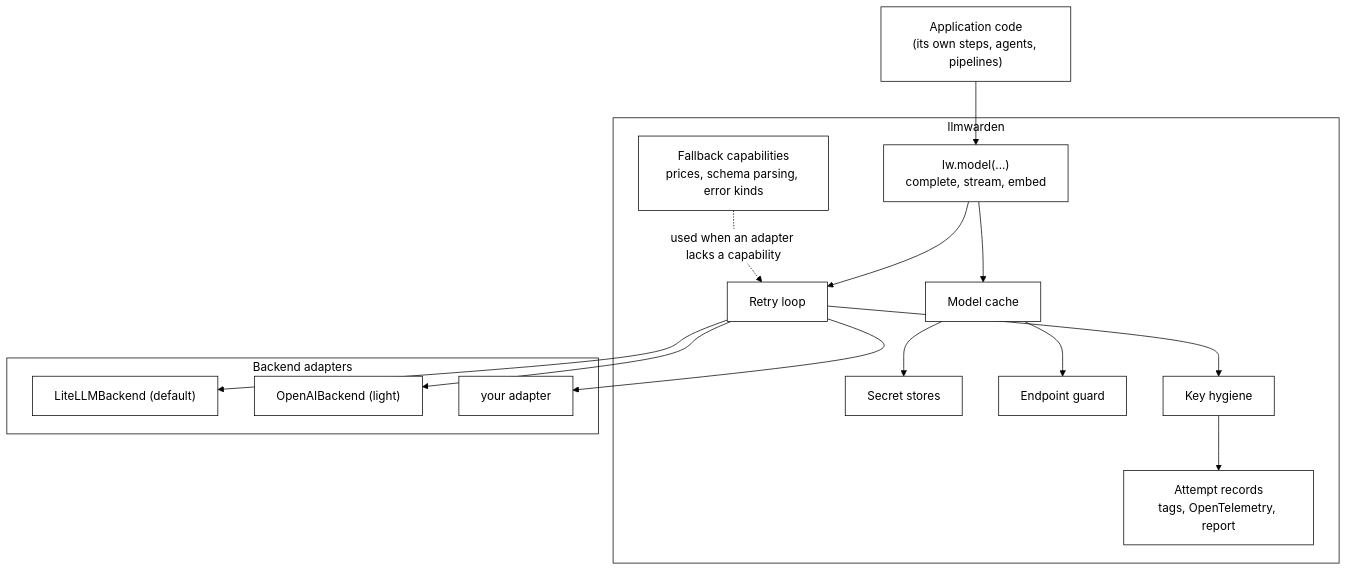
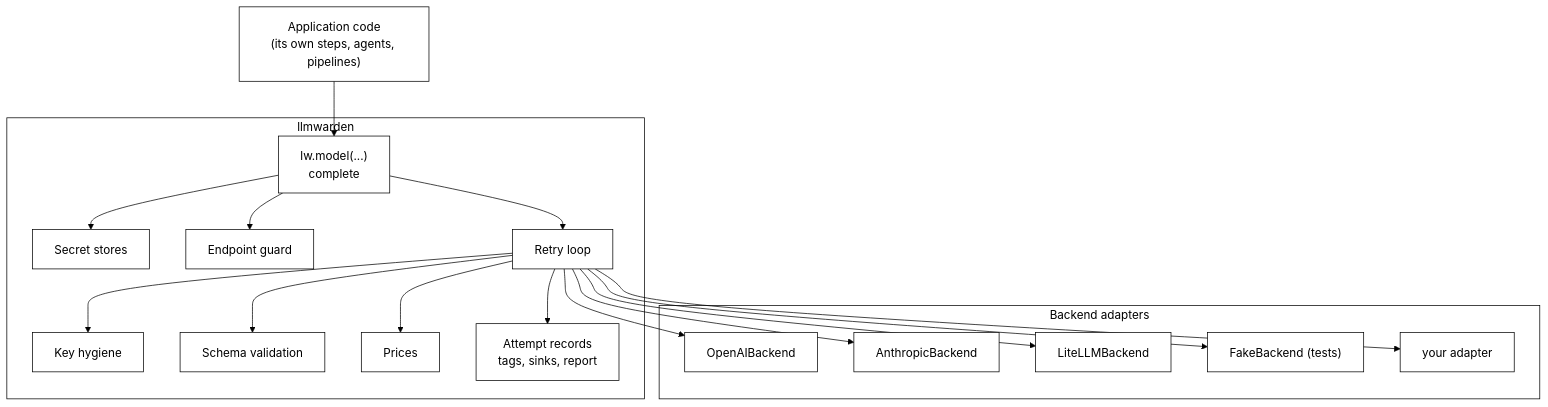
Before and after one commit to nadeem4/llmwarden: the first of 2 diagrams in docs/architecture.md, drawn with Mermaid. The commit also changed other lines of this file and 36 other files, not shown here.

````diff
--- a/docs/architecture.md
+++ b/docs/architecture.md
@@ -113,31 +116,35 @@
 ```mermaid
 %%{init: {'theme':'base','themeVariables':{'primaryColor':'#ffffff','primaryTextColor':'#000000','primaryBorderColor':'#000000','lineColor':'#000000','secondaryColor':'#ffffff','tertiaryColor':'#ffffff','clusterBkg':'#ffffff','clusterBorder':'#000000'}}}%%
 flowchart TB
     App["Application code<br/>(its own steps, agents, pipelines)"]
     subgraph Warden["llmwarden"]
-        Model["lw.model(...)<br/>complete, stream, embed"]
-        Cache["Model cache"]
+        Model["lw.model(...)<br/>complete"]
         Secrets["Secret stores"]
         Guard["Endpoint guard"]
         Retry["Retry loop"]
         Hygiene["Key hygiene"]
-        Obs["Attempt records<br/>tags, OpenTelemetry, report"]
-        Own["Fallback capabilities<br/>prices, schema parsing, error kinds"]
+        Schema["Schema validation"]
+        Prices["Prices"]
+        Obs["Attempt records<br/>tags, sinks, report"]
     end
     subgraph Adapters["Backend adapters"]
-        Lite["LiteLLMBackend (default)"]
-        OAI["OpenAIBackend (light)"]
+        OAI["OpenAIBackend"]
+        ANT["AnthropicBackend"]
+        Lite["LiteLLMBackend"]
+        Fake["FakeBackend (tests)"]
         Yours["your adapter"]
     end
     App --> Model
-    Model --> Cache
-    Cache --> Secrets
-    Cache --> Guard
+    Model --> Secrets
+    Model --> Guard
     Model --> Retry
+    Retry --> OAI
+    Retry --> ANT
     Retry --> Lite
-    Retry --> OAI
+    Retry --> Fake
     Retry --> Yours
     Retry --> Hygiene
-    Hygiene --> Obs
-    Own -.used when an adapter lacks a capability.-> Retry
+    Retry --> Schema
+    Retry --> Prices
+    Retry --> Obs
 ```
````
